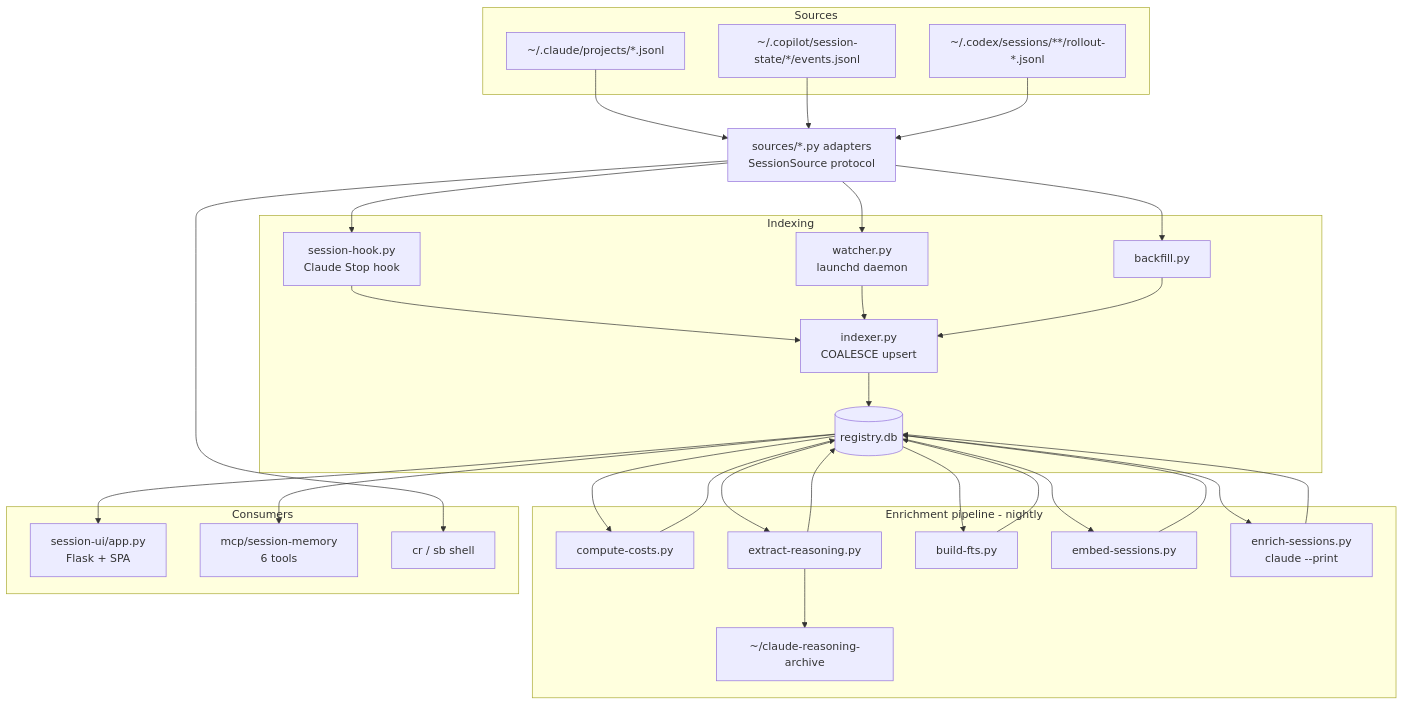
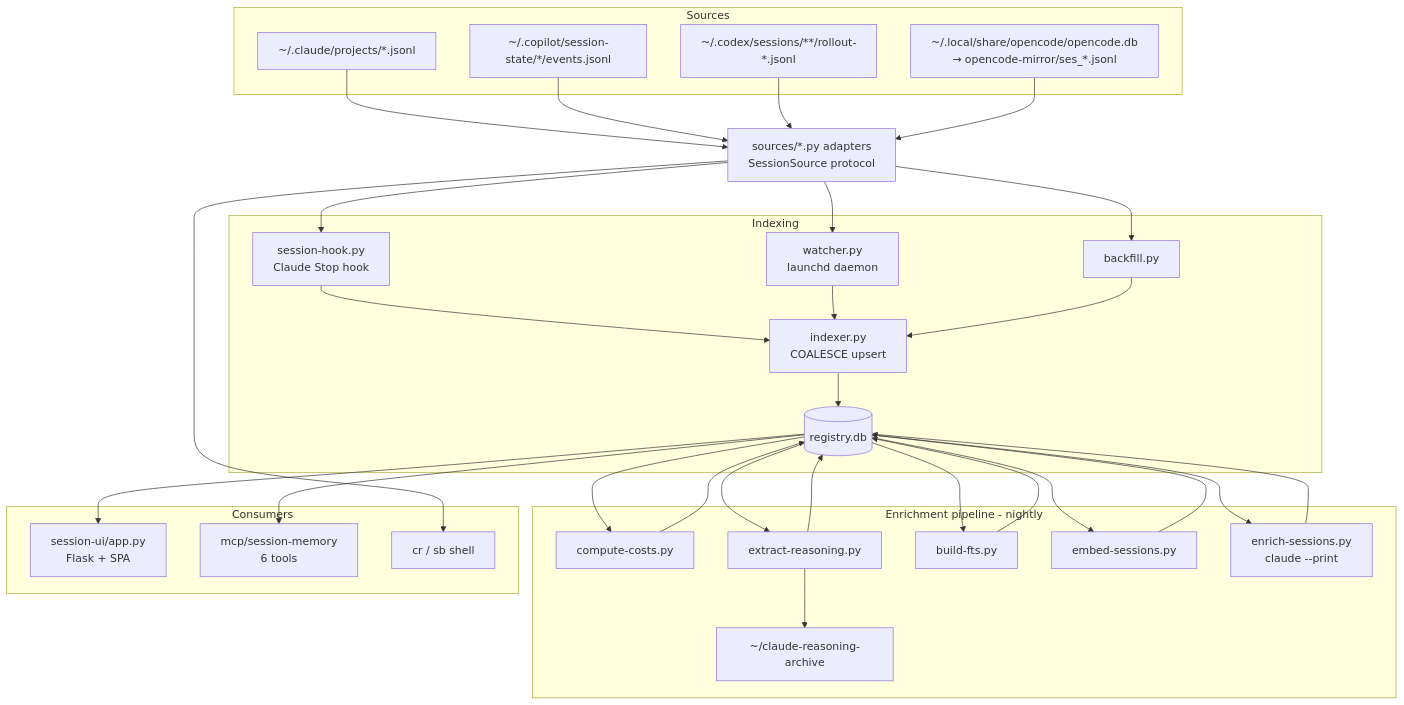
One commit to mpankaj151/session-browser changed the diagram in docs/ARCHITECTURE.md. Above: the diagram before and after it, drawn with Mermaid. The commit also changed other lines of this file and 19 other files, not shown here.

````diff
--- a/docs/ARCHITECTURE.md
+++ b/docs/ARCHITECTURE.md
@@ -9,36 +9,37 @@
 ```mermaid
 flowchart TD
     subgraph Sources
       C[~/.claude/projects/*.jsonl]
       P[~/.copilot/session-state/*/events.jsonl]
       X[~/.codex/sessions/**/rollout-*.jsonl]
+      O[~/.local/share/opencode/opencode.db<br/>→ opencode-mirror/ses_*.jsonl]
     end
 
-    C & P & X --> AD[sources/*.py adapters<br/>SessionSource protocol]
+    C & P & X & O --> AD[sources/*.py adapters<br/>SessionSource protocol]
 
     subgraph Indexing
       HOOK[session-hook.py<br/>Claude Stop hook] --> IDX
       WATCH[watcher.py<br/>launchd daemon] --> IDX
       BACK[backfill.py] --> IDX
       IDX[indexer.py<br/>COALESCE upsert] --> DB[(registry.db)]
     end
     AD --> HOOK & WATCH & BACK
 
     subgraph Enrichment pipeline - nightly
       COST[compute-costs.py] --> DB
       REAS[extract-reasoning.py] --> DB
       REAS --> ARCH[~/claude-reasoning-archive]
       FTS[build-fts.py] --> DB
       EMB[embed-sessions.py] --> DB
       ENR[enrich-sessions.py<br/>claude --print] --> DB
     end
     DB --> COST & REAS & FTS & EMB & ENR
 
     subgraph Consumers
       UI[session-ui/app.py<br/>Flask + SPA]
       MCP[mcp/session-memory<br/>6 tools]
       CR[cr / sb shell]
     end
     DB --> UI & MCP
     AD --> CR
 ```
````
